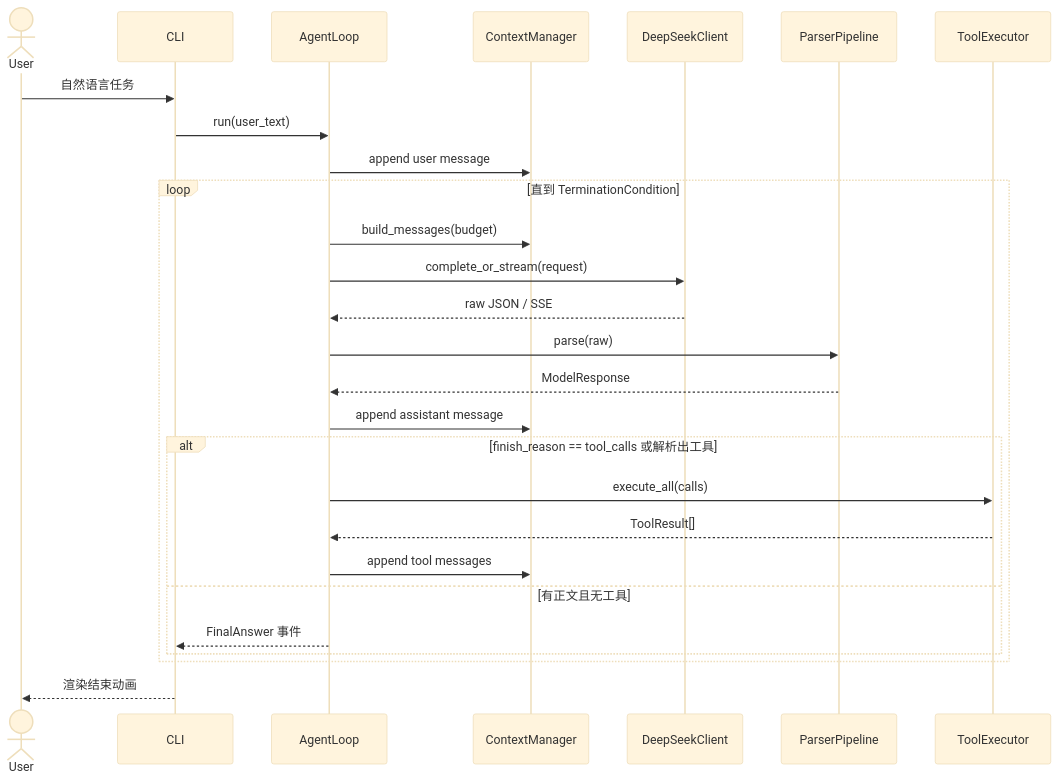
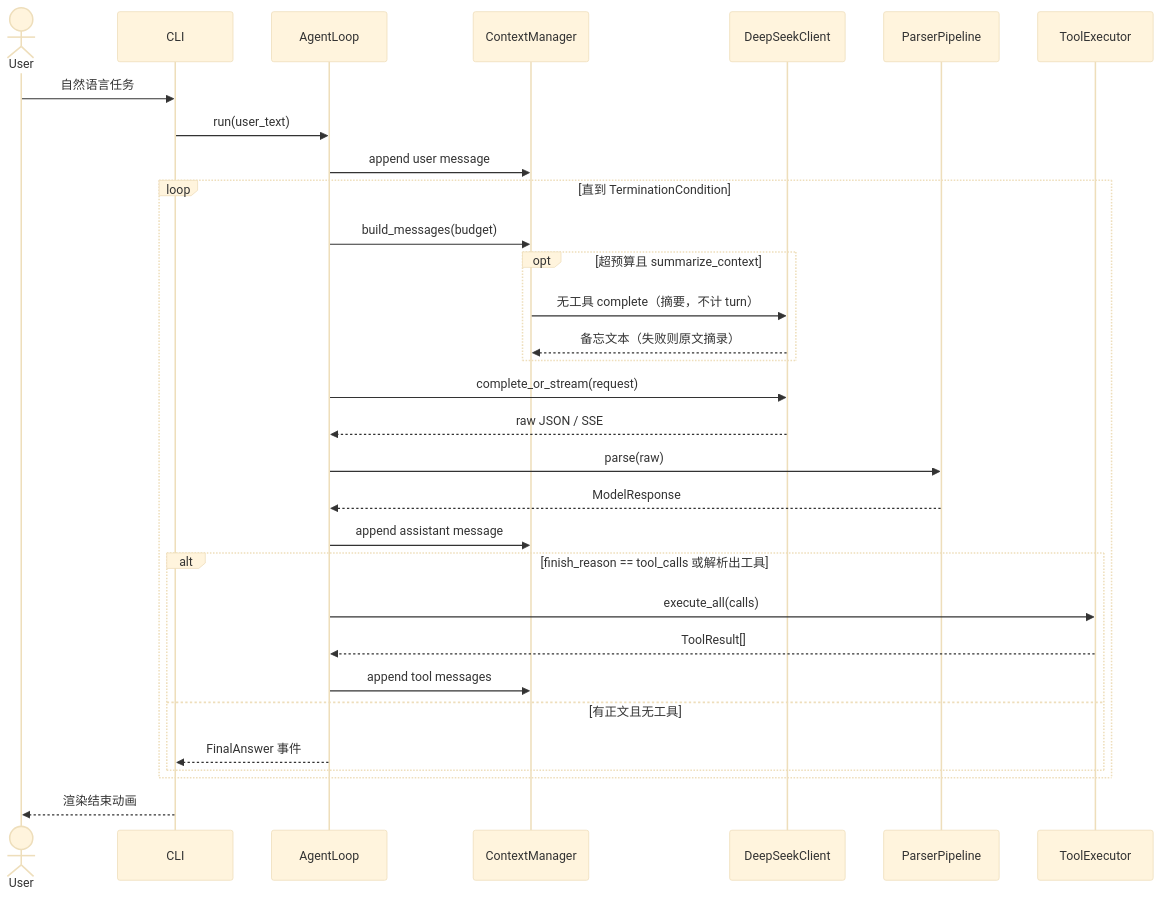
One commit to Aincrad19C/WaveCode changed the second of 2 diagrams in docs/01-architecture.md. Above: the diagram before and after it, drawn with Mermaid (base theme). The commit also changed other lines of this file and 62 other files, not shown here.

````diff
--- a/docs/01-architecture.md
+++ b/docs/01-architecture.md
@@ -48,30 +48,34 @@
 ```mermaid
 sequenceDiagram
   actor U as User
   participant C as CLI
   participant L as AgentLoop
   participant M as ContextManager
   participant D as DeepSeekClient
   participant P as ParserPipeline
   participant E as ToolExecutor
 
   U->>C: 自然语言任务
   C->>L: run(user_text)
   L->>M: append user message
   loop 直到 TerminationCondition
     L->>M: build_messages(budget)
+    opt 超预算且 summarize_context
+      M->>D: 无工具 complete（摘要，不计 turn）
+      D-->>M: 备忘文本（失败则原文摘录）
+    end
     L->>D: complete_or_stream(request)
     D-->>L: raw JSON / SSE
     L->>P: parse(raw)
     P-->>L: ModelResponse
     L->>M: append assistant message
     alt finish_reason == tool_calls 或解析出工具
       L->>E: execute_all(calls)
       E-->>L: ToolResult[]
       L->>M: append tool messages
     else 有正文且无工具
       L-->>C: FinalAnswer 事件
     end
   end
   C-->>U: 渲染结束动画
 ```
````
